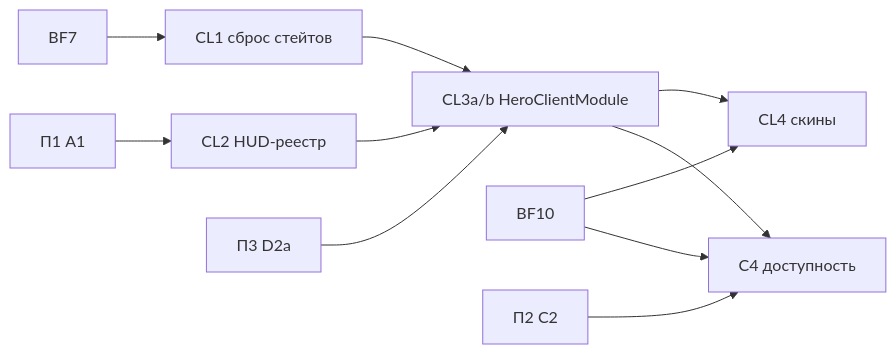
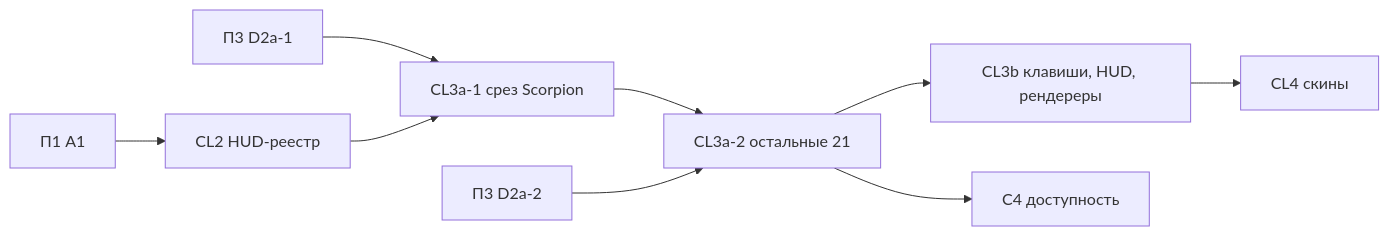
One commit to grebeshok105/Codex-Superheroes changed the diagram in docs/design/architecture-migration/04-client-modules.md. Above: the diagram before and after it, drawn with Mermaid. The commit also changed other lines of this file and 4 other files, not shown here.

Commit message:
docs(architecture): finish review fixes in plans 4-6, verify stage graph consistency

````diff
--- a/docs/design/architecture-migration/04-client-modules.md
+++ b/docs/design/architecture-migration/04-client-modules.md
@@ -73,13 +75,11 @@
 ```mermaid
 flowchart LR
-  BF7[BF7] --> CL1[CL1 сброс стейтов]
   A1[П1 A1] --> CL2[CL2 HUD-реестр]
-  CL1 --> CL3[CL3a/b HeroClientModule]
-  CL2 --> CL3
-  D2a[П3 D2a] --> CL3
-  CL3 --> CL4[CL4 скины]
-  BF10[BF10] --> CL4
-  CL3 --> C4[C4 доступность]
-  C2[П2 C2] --> C4
-  BF10 --> C4
+  D2a1[П3 D2a-1] --> CL3a1[CL3a-1 срез Scorpion]
+  CL2 --> CL3a1
+  CL3a1 --> CL3a2[CL3a-2 остальные 21]
+  D2a2[П3 D2a-2] --> CL3a2
+  CL3a2 --> CL3b[CL3b клавиши, HUD, рендереры]
+  CL3b --> CL4[CL4 скины]
+  CL3a2 --> C4[C4 доступность]
 ```
````
